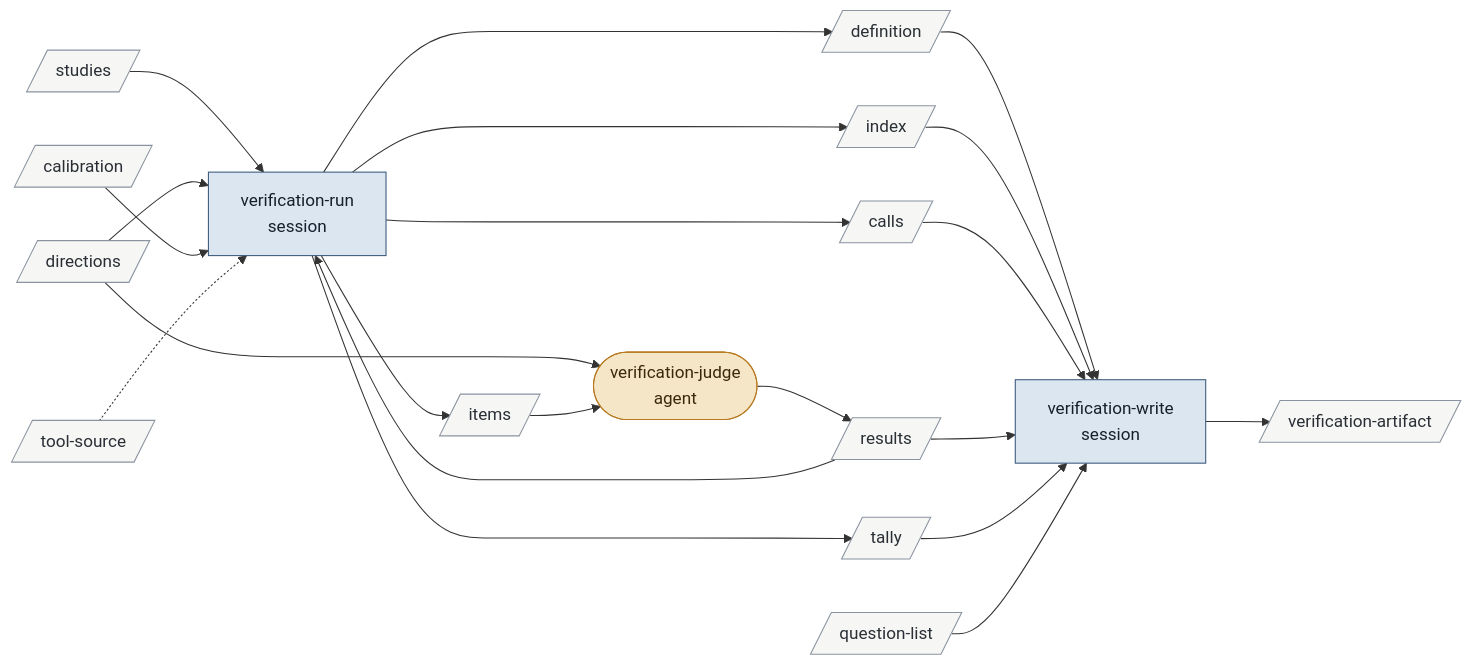
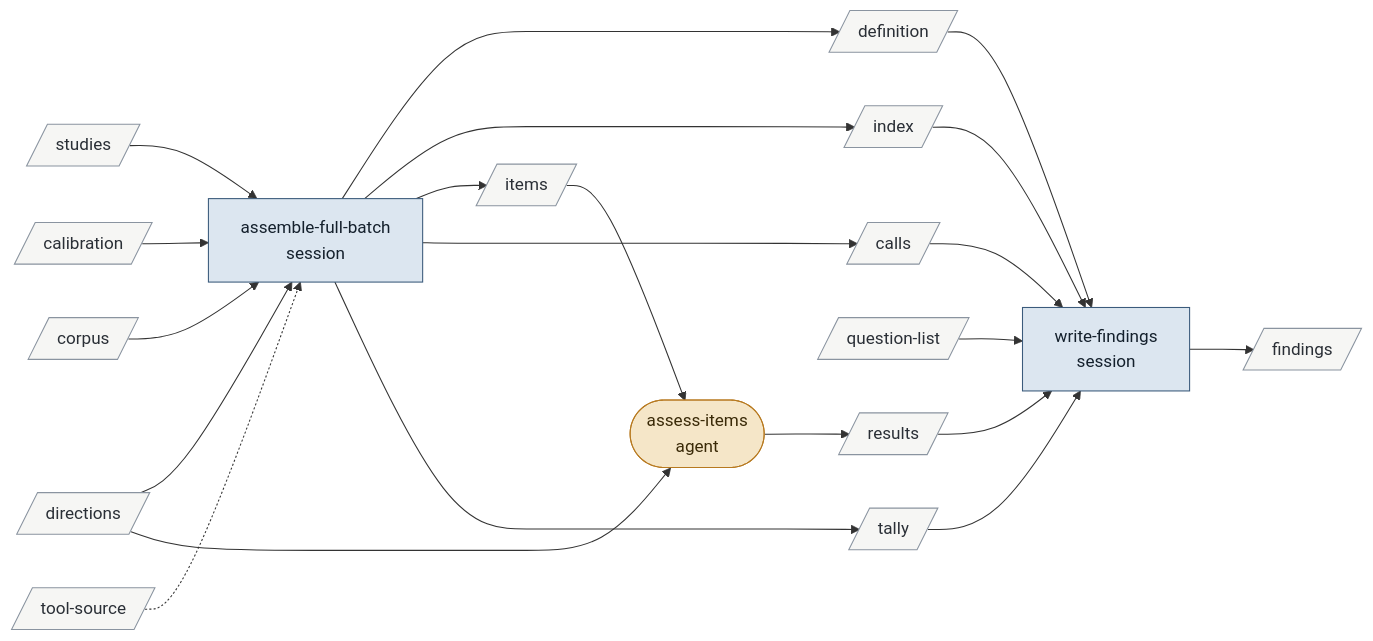
The eighth of 15 diagrams in .claude/skills/v3-buildout-2/map.md (bc414/StoryPlanner), drawn with Mermaid before and after one commit. The commit also changed other lines of this file and 40 other files, not shown here.

````diff
--- a/.claude/skills/v3-buildout-2/map.md
+++ b/.claude/skills/v3-buildout-2/map.md
@@ -277,45 +288,46 @@
 ```mermaid
 flowchart LR
   classDef hitl fill:#e9d8e4,stroke:#7a3e6d,color:#2b1a27
   classDef session fill:#dce6f0,stroke:#3b5b7c,color:#14202c
   classDef agent fill:#f5e6c8,stroke:#b7791f,color:#3a2a08
   classDef artifact fill:#f6f6f4,stroke:#8a94a0,color:#2a2f36
   classDef activity fill:#dcebdd,stroke:#4b7f52,color:#122816
   classDef terminus fill:#e4e4ea,stroke:#5b5b7a,color:#1c1c2c
-  verificationrun["verification-run<br/>session"]:::session
-  verificationjudge(["verification-judge<br/>agent"]):::agent
-  verificationwrite["verification-write<br/>session"]:::session
+  assemblefullbatch["assemble-full-batch<br/>session"]:::session
+  assessitems(["assess-items<br/>agent"]):::agent
+  writefindings["write-findings<br/>session"]:::session
   calibration[/"calibration"/]:::artifact
   calls[/"calls"/]:::artifact
+  corpus[/"corpus"/]:::artifact
   definition[/"definition"/]:::artifact
   directions[/"directions"/]:::artifact
+  findings[/"findings"/]:::artifact
   index[/"index"/]:::artifact
   items[/"items"/]:::artifact
   questionlist[/"question-list"/]:::artifact
   results[/"results"/]:::artifact
   studies[/"studies"/]:::artifact
   tally[/"tally"/]:::artifact
   toolsource[/"tool-source"/]:::artifact
-  verificationartifact[/"verification-artifact"/]:::artifact
 
-  studies --> verificationrun
-  directions --> verificationrun
-  calibration --> verificationrun
-  results --> verificationrun
-  toolsource -.-> verificationrun
-  verificationrun --> definition
-  verificationrun --> index
-  verificationrun --> items
-  verificationrun --> calls
-  verificationrun --> tally
-  directions --> verificationjudge
-  items --> verificationjudge
-  verificationjudge --> results
-  definition --> verificationwrite
-  index --> verificationwrite
-  calls --> verificationwrite
-  results --> verificationwrite
-  tally --> verificationwrite
-  questionlist --> verificationwrite
-  verificationwrite --> verificationartifact
+  studies --> assemblefullbatch
+  directions --> assemblefullbatch
+  calibration --> assemblefullbatch
+  corpus --> assemblefullbatch
+  toolsource -.-> assemblefullbatch
+  assemblefullbatch --> definition
+  assemblefullbatch --> index
+  assemblefullbatch --> items
+  assemblefullbatch --> calls
+  assemblefullbatch --> tally
+  directions --> assessitems
+  items --> assessitems
+  assessitems --> results
+  definition --> writefindings
+  index --> writefindings
+  calls --> writefindings
+  results --> writefindings
+  tally --> writefindings
+  questionlist --> writefindings
+  writefindings --> findings
 ```
````
